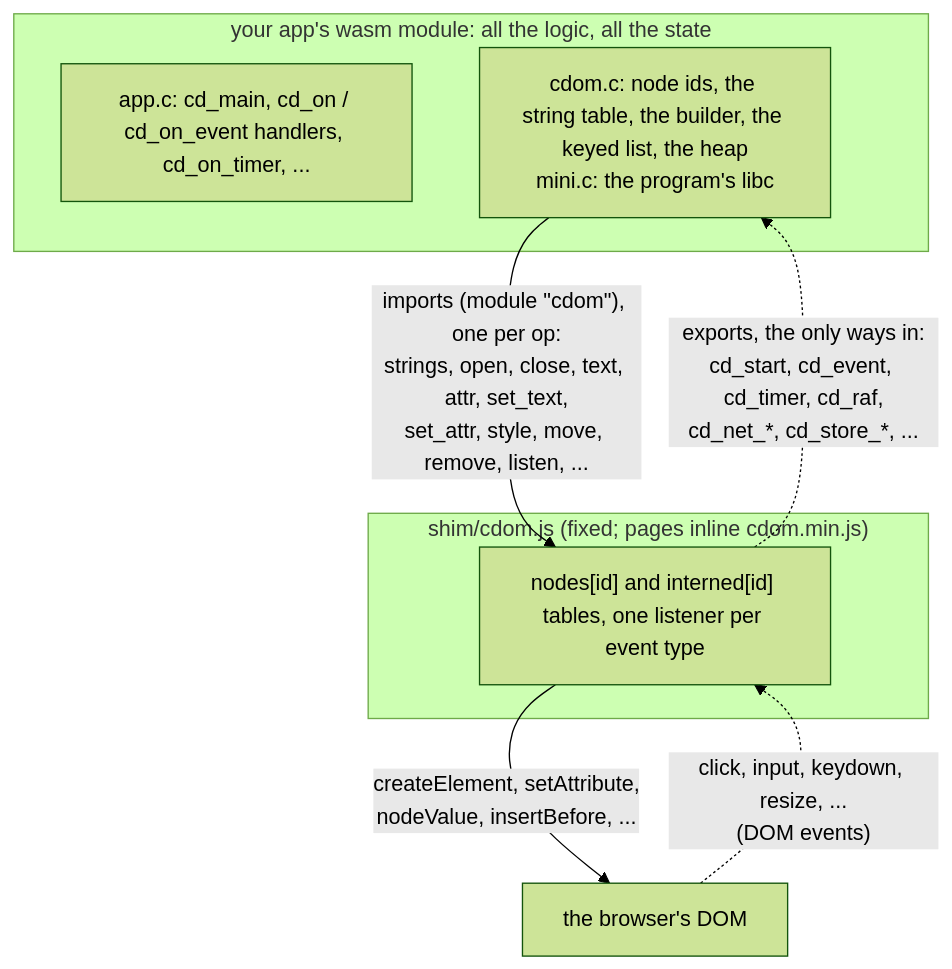
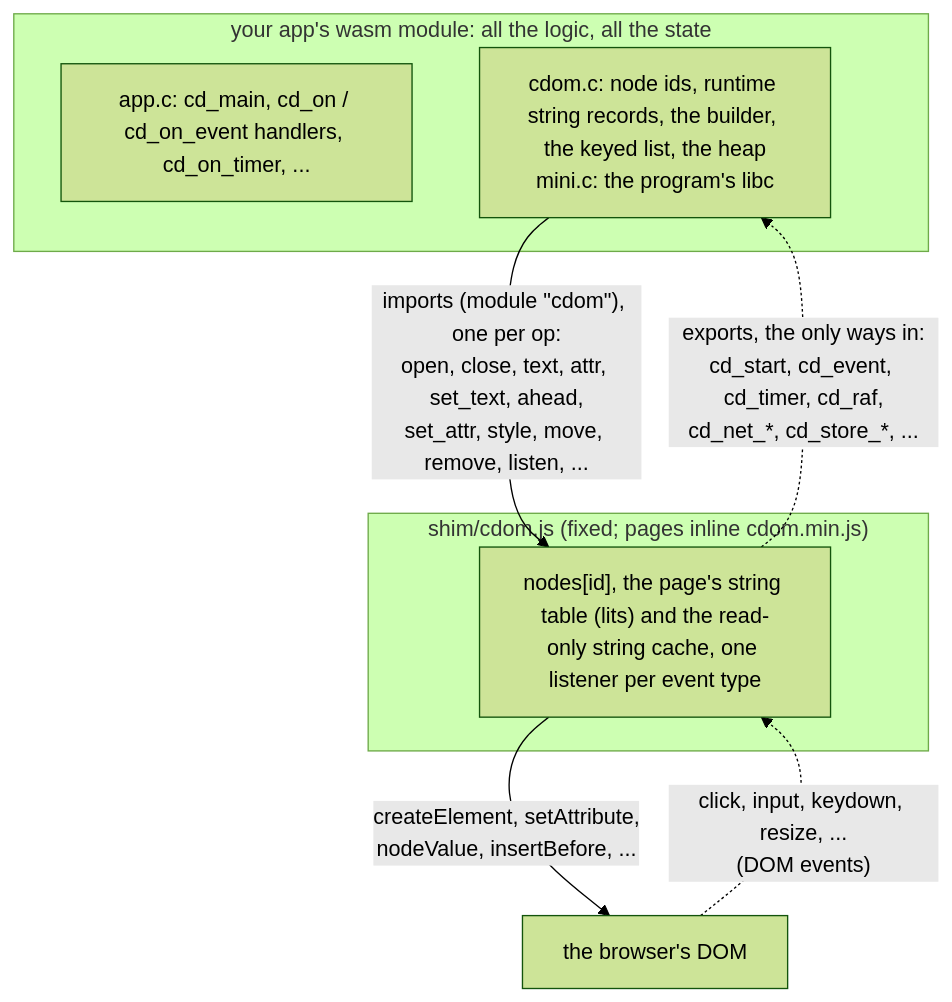
One commit to alexsave/cdom changed the fifth of 8 diagrams in README.md. Above: the diagram before and after it, drawn with Mermaid (forest theme). The commit also changed other lines of this file and 1 other file, not shown here.

Commit message:
README and cdom.mk: strings without interning, the table from cdlits and page.awk, the host compiler, the shim's size

````diff
--- a/README.md
+++ b/README.md
@@ -91,15 +92,15 @@
 ```mermaid
 flowchart TB
   subgraph wasm["your app's wasm module: all the logic, all the state"]
     app["app.c: cd_main, cd_on / cd_on_event handlers, cd_on_timer, ..."]
-    lib["cdom.c: node ids, the string table, the builder, the keyed list, the heap<br>mini.c: the program's libc"]
+    lib["cdom.c: node ids, runtime string records, the builder, the keyed list, the heap<br>mini.c: the program's libc"]
   end
   subgraph shim["shim/cdom.js (fixed; pages inline cdom.min.js)"]
-    tables["nodes[id] and interned[id] tables, one listener per event type"]
+    tables["nodes[id], the page's string table (lits) and the read-only string cache, one listener per event type"]
   end
   dom["the browser's DOM"]
-  lib -->|"imports (module #quot;cdom#quot;), one per op:<br>strings, open, close, text, attr, set_text,<br>set_attr, style, move, remove, listen, ..."| tables
+  lib -->|"imports (module #quot;cdom#quot;), one per op:<br>open, close, text, attr, set_text, ahead,<br>set_attr, style, move, remove, listen, ..."| tables
   tables -->|"createElement, setAttribute,<br>nodeValue, insertBefore, ..."| dom
   dom -.->|"click, input, keydown, resize, ...<br>(DOM events)"| tables
   tables -.->|"exports, the only ways in:<br>cd_start, cd_event, cd_timer, cd_raf,<br>cd_net_*, cd_store_*, ..."| lib
 ```
````
